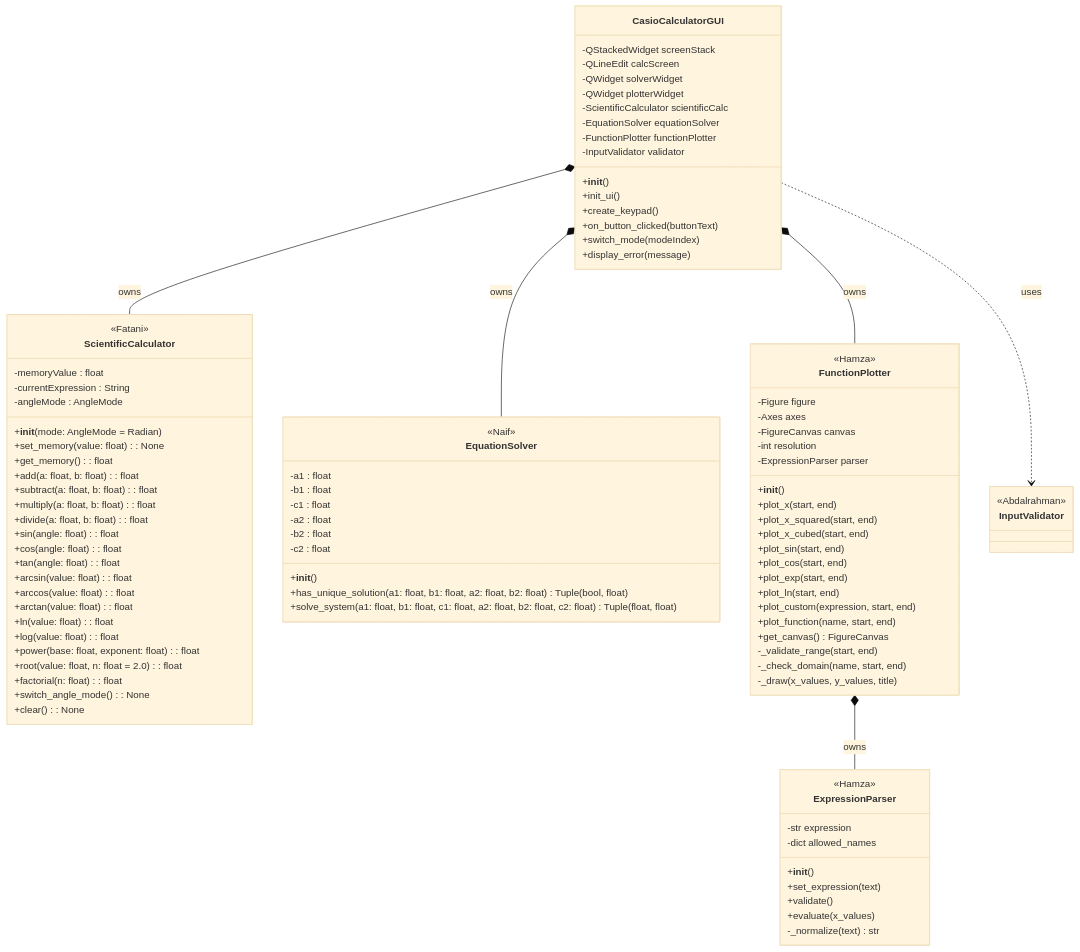
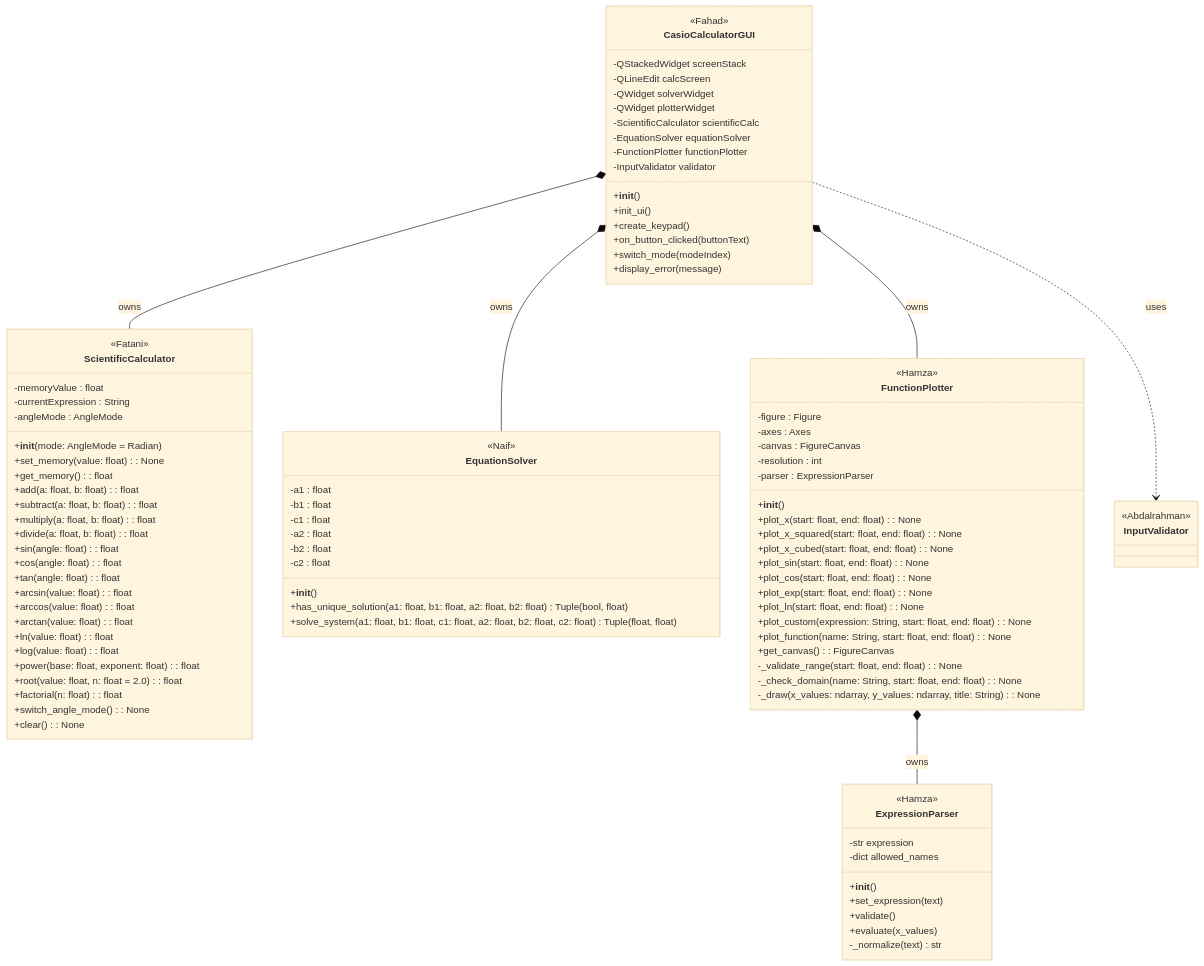
The diagram in docs/UML_v1.md (KAU-EE202-Projects/Scientific-Calculator), drawn with Mermaid (base theme) before and after one commit.

Commit message:
Refactor FunctionPlotter methods with type annotations

```diff
--- a/docs/UML_v1.md
+++ b/docs/UML_v1.md
@@ -8,6 +8,7 @@
 direction TB
 
 class CasioCalculatorGUI {
+    <<Fahad>>
     -QStackedWidget screenStack
     -QLineEdit calcScreen
     -QWidget solverWidget
@@ -66,25 +67,25 @@
 
 class FunctionPlotter {
     <<Hamza>>
-    -Figure figure
-    -Axes axes
-    -FigureCanvas canvas
-    -int resolution
-    -ExpressionParser parser
+    -figure : Figure
+    -axes : Axes
+    -canvas : FigureCanvas
+    -resolution : int
+    -parser : ExpressionParser
     +__init__()
-    +plot_x(start, end)
-    +plot_x_squared(start, end)
-    +plot_x_cubed(start, end)
-    +plot_sin(start, end)
-    +plot_cos(start, end)
-    +plot_exp(start, end)
-    +plot_ln(start, end)
-    +plot_custom(expression, start, end)
-    +plot_function(name, start, end)
-    +get_canvas() FigureCanvas
-    -_validate_range(start, end)
-    -_check_domain(name, start, end)
-    -_draw(x_values, y_values, title)
+    +plot_x(start: float, end: float) : None
+    +plot_x_squared(start: float, end: float) : None
+    +plot_x_cubed(start: float, end: float) : None
+    +plot_sin(start: float, end: float) : None
+    +plot_cos(start: float, end: float) : None
+    +plot_exp(start: float, end: float) : None
+    +plot_ln(start: float, end: float) : None
+    +plot_custom(expression: String, start: float, end: float) : None
+    +plot_function(name: String, start: float, end: float) : None
+    +get_canvas() : FigureCanvas
+    -_validate_range(start: float, end: float) : None
+    -_check_domain(name: String, start: float, end: float) : None
+    -_draw(x_values: ndarray, y_values: ndarray, title: String) : None
 }
 
 class ExpressionParser {
```
